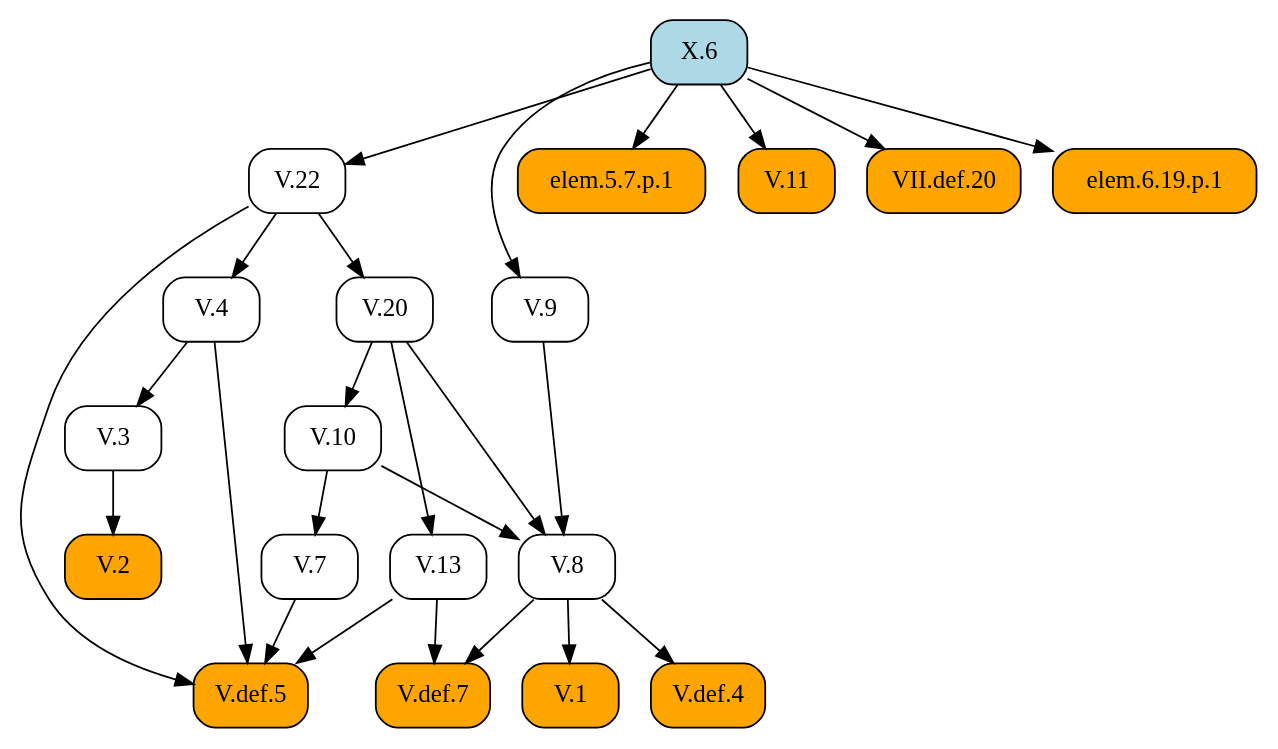
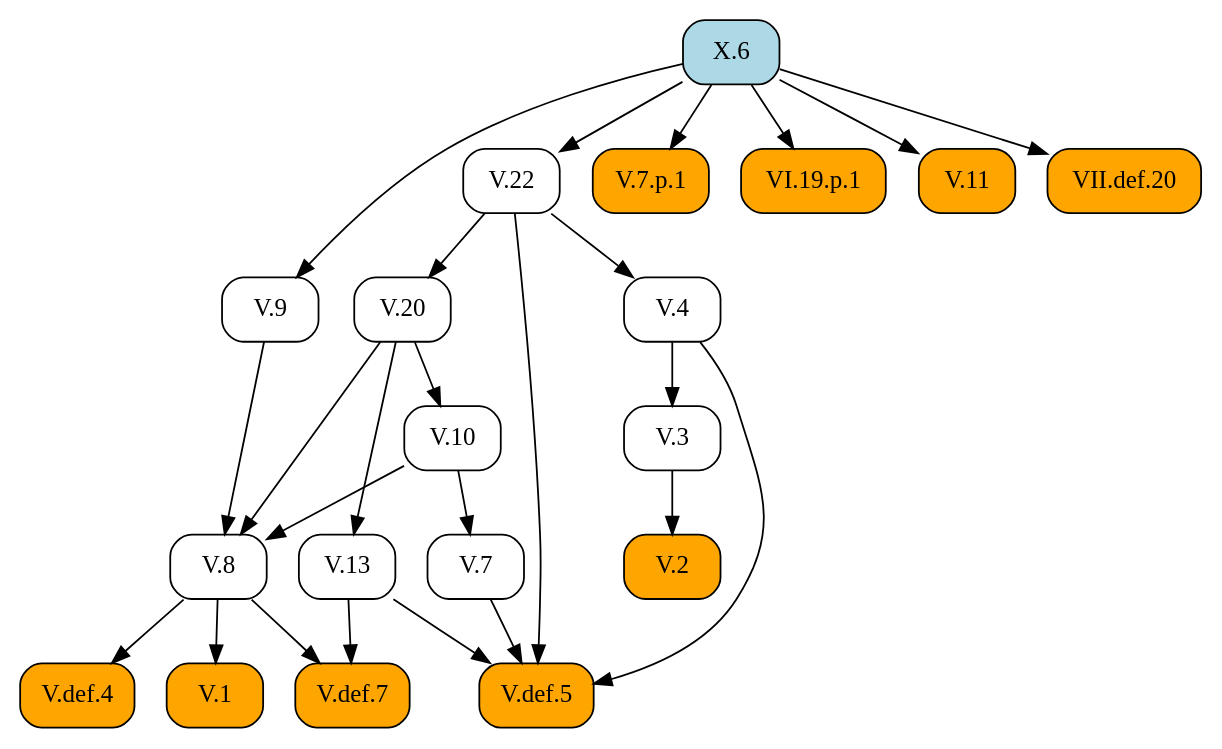
Before and after one commit to geometor/elements: the diagram in docsrc/heath/X/6/index.rst, drawn with Graphviz. The commit also changed other lines of this file and 484 other files, not shown here.

```diff
--- a/docsrc/heath/X/6/index.rst
+++ b/docsrc/heath/X/6/index.rst
@@ -74,49 +84,49 @@
 .. graphviz::
 
    digraph {
      rankdir="TB";
      node [shape=box, style=rounded];
+     "V.2" [style="rounded,filled", fillcolor=orange, URL="/heath/V/2/", target="_top"];
+     "V.def.7" [style="rounded,filled", fillcolor=orange, URL="/heath/V/def.7/", target="_top"];
+     "V.13" [URL="/heath/V/13/", target="_top"];
+     "V.3" [URL="/heath/V/3/", target="_top"];
+     "V.7" [URL="/heath/V/7/", target="_top"];
+     "V.7.p.1" [style="rounded,filled", fillcolor=orange];
+     "VI.19.p.1" [style="rounded,filled", fillcolor=orange];
+     "V.def.5" [style="rounded,filled", fillcolor=orange, URL="/heath/V/def.5/", target="_top"];
+     "X.6" [style="rounded,filled", fillcolor=lightblue, URL="/heath/X/6/", target="_top"];
+     "V.9" [URL="/heath/V/9/", target="_top"];
      "V.8" [URL="/heath/V/8/", target="_top"];
-     "V.def.5" [style="rounded,filled", fillcolor=orange, URL="/heath/V/def.5/", target="_top"];
+     "V.10" [URL="/heath/V/10/", target="_top"];
+     "V.4" [URL="/heath/V/4/", target="_top"];
      "V.22" [URL="/heath/V/22/", target="_top"];
-     "V.4" [URL="/heath/V/4/", target="_top"];
-     "elem.5.7.p.1" [style="rounded,filled", fillcolor=orange];
-     "X.6" [style="rounded,filled", fillcolor=lightblue, URL="/heath/X/6/", target="_top"];
-     "V.10" [URL="/heath/V/10/", target="_top"];
      "V.1" [style="rounded,filled", fillcolor=orange, URL="/heath/V/1/", target="_top"];
-     "V.13" [URL="/heath/V/13/", target="_top"];
      "V.20" [URL="/heath/V/20/", target="_top"];
      "V.11" [style="rounded,filled", fillcolor=orange, URL="/heath/V/11/", target="_top"];
-     "V.7" [URL="/heath/V/7/", target="_top"];
-     "V.9" [URL="/heath/V/9/", target="_top"];
+     "VII.def.20" [style="rounded,filled", fillcolor=orange, URL="/heath/VII/def.20/", target="_top"];
      "V.def.4" [style="rounded,filled", fillcolor=orange, URL="/heath/V/def.4/", target="_top"];
-     "V.2" [style="rounded,filled", fillcolor=orange, URL="/heath/V/2/", target="_top"];
-     "V.3" [URL="/heath/V/3/", target="_top"];
-     "V.def.7" [style="rounded,filled", fillcolor=orange, URL="/heath/V/def.7/", target="_top"];
-     "VII.def.20" [style="rounded,filled", fillcolor=orange, URL="/heath/VII/def.20/", target="_top"];
-     "elem.6.19.p.1" [style="rounded,filled", fillcolor=orange];
-     "V.9" -> "V.8";
-     "V.10" -> "V.8";
-     "V.20" -> "V.8";
+     "V.3" -> "V.2";
+     "V.8" -> "V.def.7";
+     "V.13" -> "V.def.7";
+     "V.20" -> "V.13";
+     "V.4" -> "V.3";
+     "V.10" -> "V.7";
+     "X.6" -> "V.7.p.1";
+     "X.6" -> "VI.19.p.1";
      "V.4" -> "V.def.5";
      "V.7" -> "V.def.5";
      "V.13" -> "V.def.5";
      "V.22" -> "V.def.5";
+     "X.6" -> "V.9";
+     "V.9" -> "V.8";
+     "V.10" -> "V.8";
+     "V.20" -> "V.8";
+     "V.20" -> "V.10";
+     "V.22" -> "V.4";
      "X.6" -> "V.22";
-     "V.22" -> "V.4";
-     "X.6" -> "elem.5.7.p.1";
-     "V.20" -> "V.10";
      "V.8" -> "V.1";
-     "V.20" -> "V.13";
      "V.22" -> "V.20";
      "X.6" -> "V.11";
-     "V.10" -> "V.7";
-     "X.6" -> "V.9";
+     "X.6" -> "VII.def.20";
      "V.8" -> "V.def.4";
-     "V.3" -> "V.2";
-     "V.4" -> "V.3";
-     "V.8" -> "V.def.7";
-     "V.13" -> "V.def.7";
-     "X.6" -> "VII.def.20";
-     "X.6" -> "elem.6.19.p.1";
    }
```
